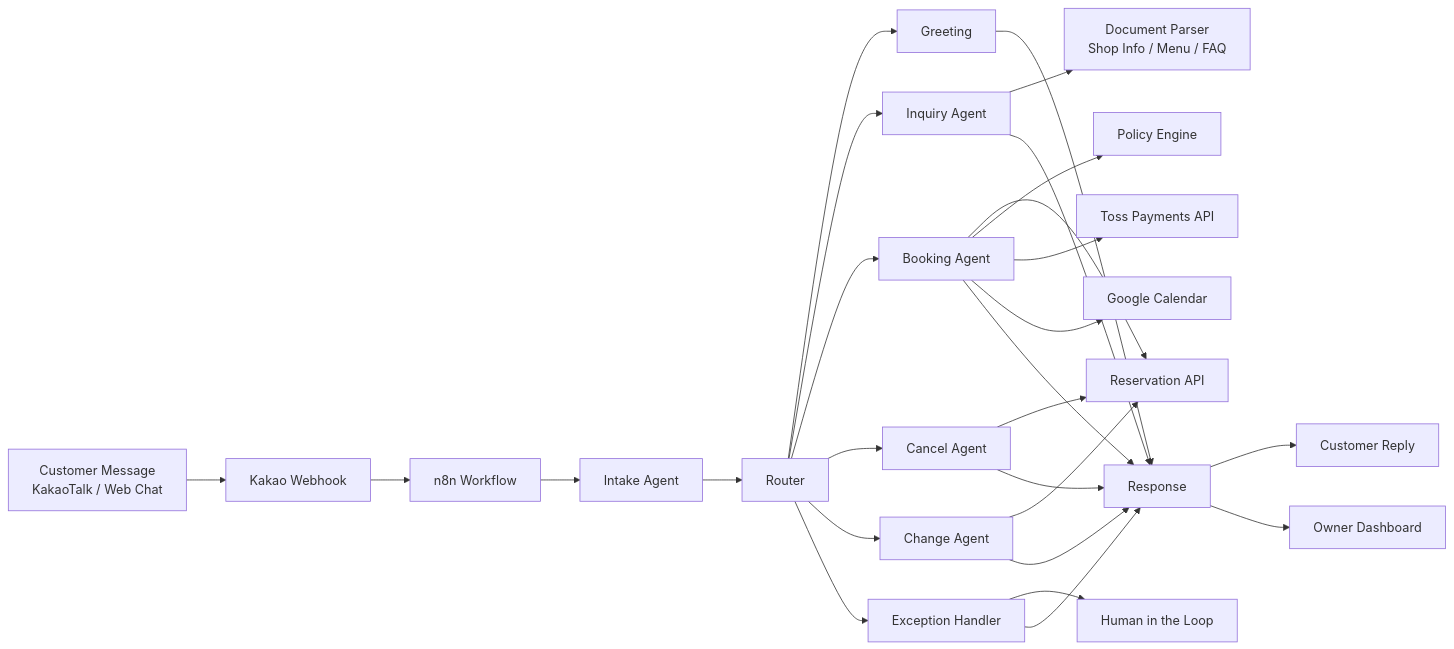
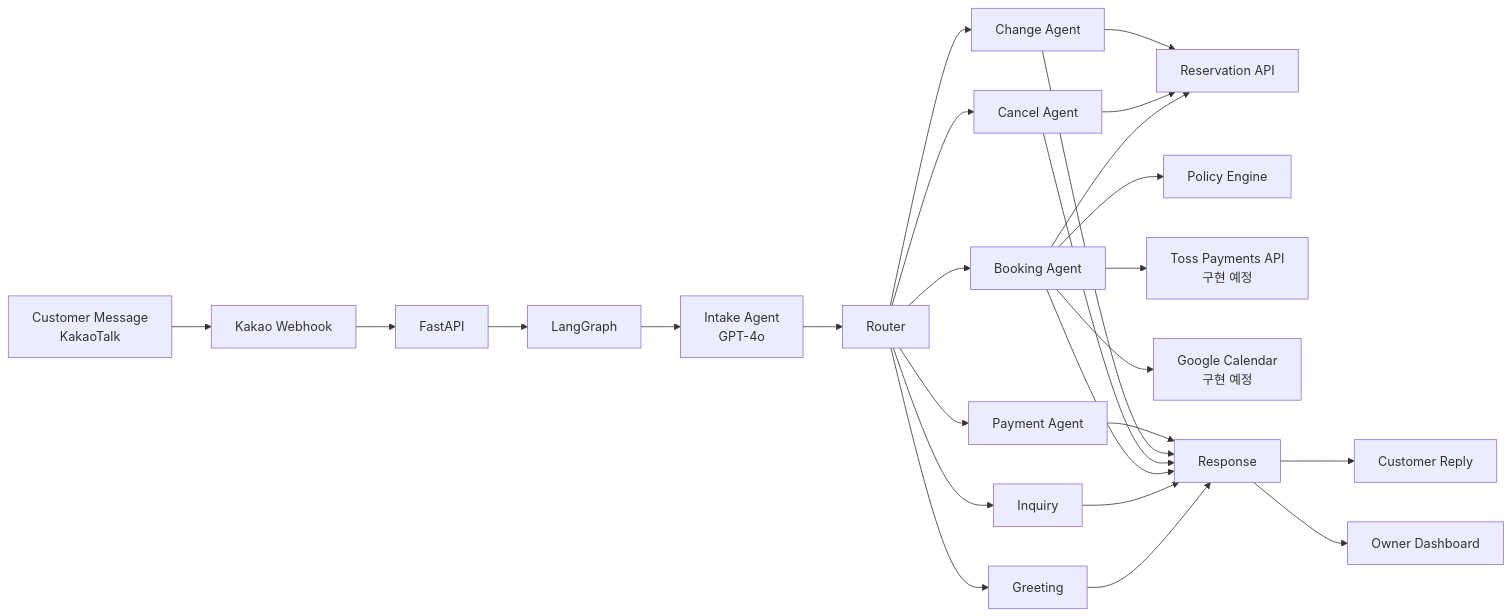
The diagram in README.md (NailAgent/agent), drawn with Mermaid before and after one commit. The commit also changed other lines of this file, not shown here.

````diff
--- a/README.md
+++ b/README.md
@@ -179,33 +168,32 @@
 ```mermaid
 flowchart LR
-    A[Customer Message<br/>KakaoTalk / Web Chat] --> B[Kakao Webhook]
-    B --> C[n8n Workflow]
-    C --> D[Intake Agent]
-    D --> E[Router]
+    A[Customer Message<br/>KakaoTalk] --> B[Kakao Webhook]
+    B --> C[FastAPI]
+    C --> D[LangGraph]
+    D --> E[Intake Agent<br/>GPT-4o]
+    E --> F[Router]
 
-    E --> F[Greeting]
-    E --> G[Inquiry Agent]
-    E --> H[Booking Agent]
-    E --> I[Cancel Agent]
-    E --> J[Change Agent]
-    E --> K[Exception Handler]
+    F --> G[Greeting]
+    F --> H[Inquiry]
+    F --> I[Booking Agent]
+    F --> J[Cancel Agent]
+    F --> K[Change Agent]
+    F --> L[Payment Agent]
 
-    G --> L[Document Parser<br/>Shop Info / Menu / FAQ]
-    H --> M[Reservation API]
-    H --> N[Policy Engine]
-    H --> O[Toss Payments API]
-    H --> P[Google Calendar]
-    I --> M
+    I --> M[Reservation API]
+    I --> N[Policy Engine]
+    I --> O[Toss Payments API<br/>구현 예정]
+    I --> P[Google Calendar<br/>구현 예정]
     J --> M
-    K --> Q[Human in the Loop]
+    K --> M
 
-    F --> R[Response]
-    G --> R
-    H --> R
-    I --> R
-    J --> R
-    K --> R
+    G --> Q[Response]
+    H --> Q
+    I --> Q
+    J --> Q
+    K --> Q
+    L --> Q
 
-    R --> S[Customer Reply]
-    R --> T[Owner Dashboard]
+    Q --> R[Customer Reply]
+    Q --> S[Owner Dashboard]
 ```
````
